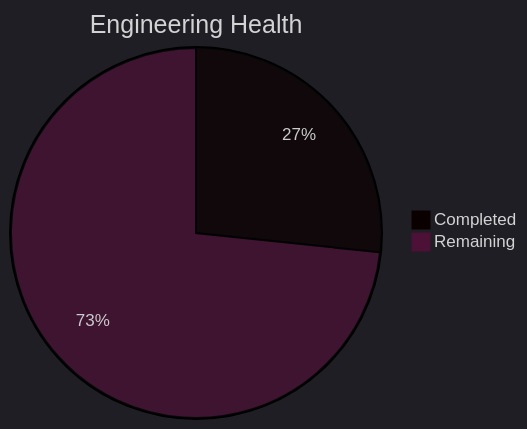
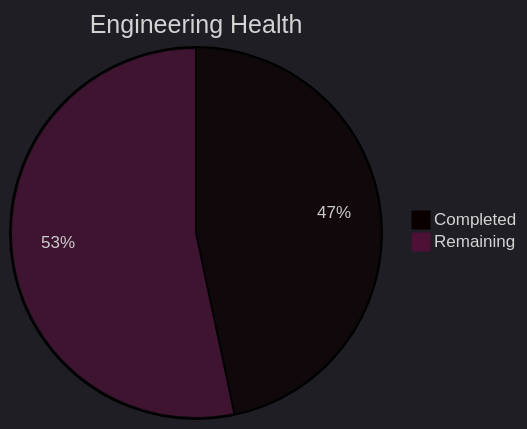
The third of 5 diagrams in tools/SK8Lytz_Bucket_List.md (Neogleamz/SK8Lytz), drawn with Mermaid before and after one commit. The commit also changed other lines of this file and 7 other files, not shown here.

````diff
--- a/tools/SK8Lytz_Bucket_List.md
+++ b/tools/SK8Lytz_Bucket_List.md
@@ -44,6 +40,6 @@
 ```mermaid
 %%{init: {'theme': 'dark'}}%%
 pie title Engineering Health
-  "Completed" : 4
-  "Remaining" : 11
+  "Completed" : 7
+  "Remaining" : 8
 ```
````
